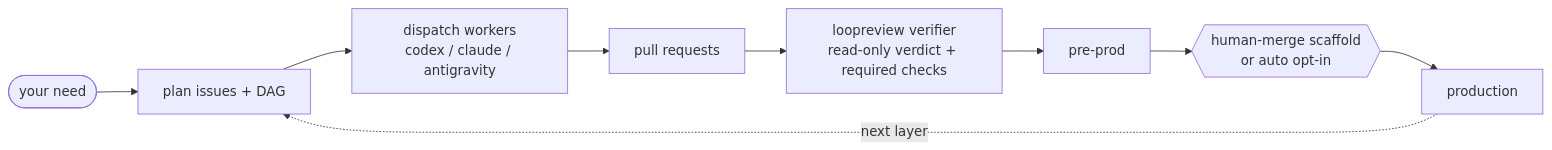
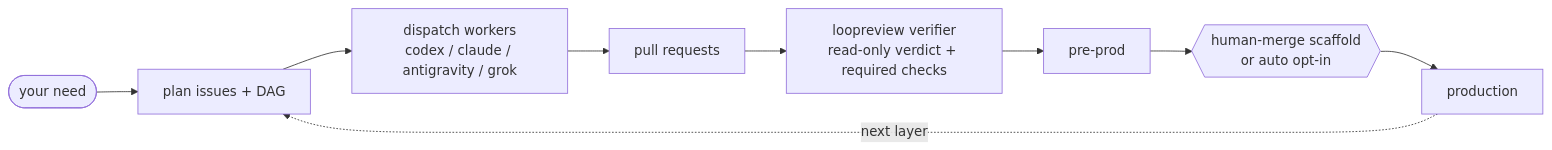
The diagram in README.md (jasonhnd/loopcoder), drawn with Mermaid before and after one commit. The commit also changed other lines of this file and 10 other files, not shown here.

````diff
--- a/README.md
+++ b/README.md
@@ -26,11 +26,11 @@
 ```mermaid
 flowchart LR
   need([your need]) --> plan[plan issues + DAG]
-  plan --> dispatch[dispatch workers<br/>codex / claude / antigravity]
+  plan --> dispatch[dispatch workers<br/>codex / claude / antigravity / grok]
   dispatch --> pr[pull requests]
   pr --> review[loopreview verifier<br/>read-only verdict + required checks]
   review --> preprod[pre-prod]
   preprod --> gate{{human-merge scaffold<br/>or auto opt-in}}
   gate --> prod[production]
   prod -. next layer .-> plan
 ```
````
